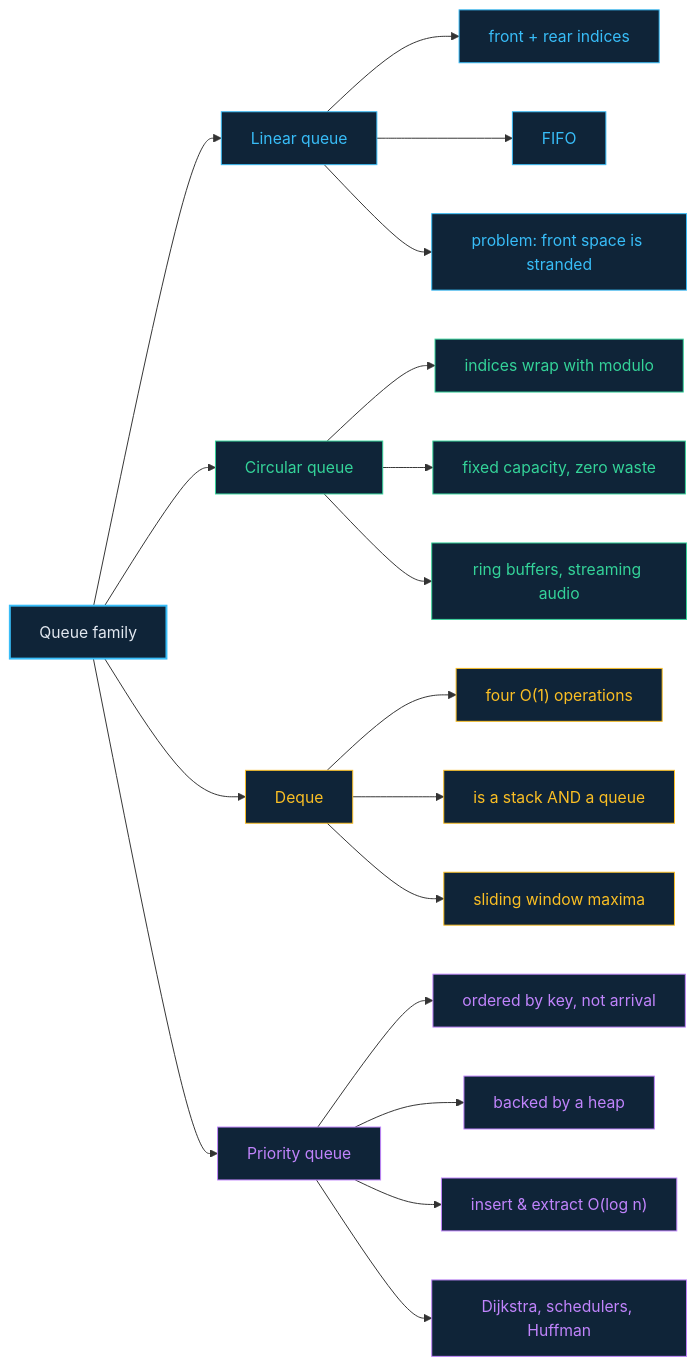
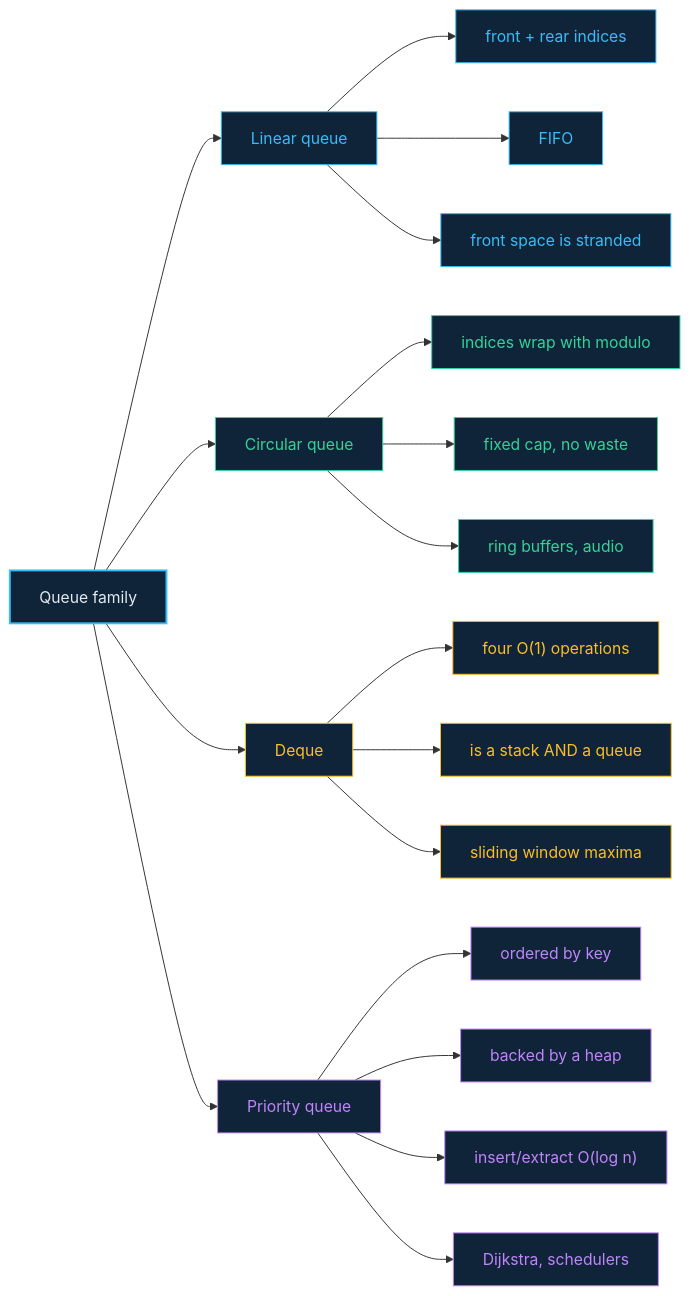
Before and after one commit to rajeshgoyalg/Learn-Data-Structures-and-Algorithms-Visually: the diagram in docs/06-queues.md, drawn with Mermaid. The commit also changed 21 other files, not shown here.

First line of the commit message:
Shorten every mermaid label so diagrams cannot overflow and clip

````diff
--- a/docs/06-queues.md
+++ b/docs/06-queues.md
@@ -46,35 +46,35 @@
 ```mermaid
 flowchart LR
   Q["Queue family"] --> L["Linear queue"]
   Q --> C["Circular queue"]
   Q --> D["Deque"]
   Q --> P["Priority queue"]
 
   L --> L1["front + rear indices"]
   L --> L2["FIFO"]
-  L --> L3["problem: front space is stranded"]
+  L --> L3["front space is stranded"]
 
   C --> C1["indices wrap with modulo"]
-  C --> C2["fixed capacity, zero waste"]
-  C --> C3["ring buffers, streaming audio"]
+  C --> C2["fixed cap, no waste"]
+  C --> C3["ring buffers, audio"]
 
   D --> D1["four O(1) operations"]
   D --> D2["is a stack AND a queue"]
   D --> D3["sliding window maxima"]
 
-  P --> P1["ordered by key, not arrival"]
+  P --> P1["ordered by key"]
   P --> P2["backed by a heap"]
-  P --> P3["insert & extract O(log n)"]
-  P --> P4["Dijkstra, schedulers, Huffman"]
+  P --> P3["insert/extract O(log n)"]
+  P --> P4["Dijkstra, schedulers"]
 
   classDef root fill:#0f2438,stroke:#38bdf8,stroke-width:2px,color:#e2e8f0
   classDef a fill:#0f2438,stroke:#38bdf8,color:#38bdf8
   classDef b fill:#0f2438,stroke:#34d399,color:#34d399
   classDef c fill:#0f2438,stroke:#fbbf24,color:#fbbf24
   classDef d fill:#0f2438,stroke:#c084fc,color:#c084fc
   class Q root
   class L,L1,L2,L3 a
   class C,C1,C2,C3 b
   class D,D1,D2,D3 c
   class P,P1,P2,P3,P4 d
 ```
````
